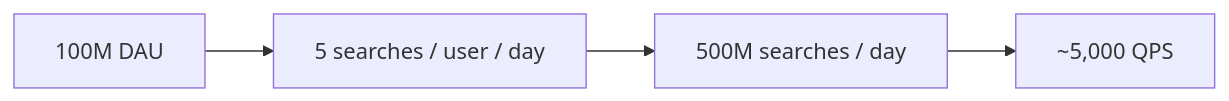
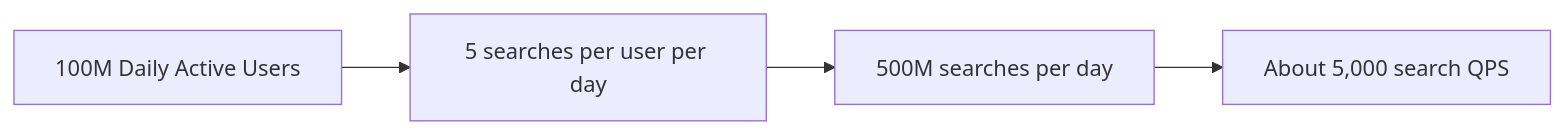
One commit to mthaiseer/springcloud-systemdesign-notes changed the second of 18 diagrams in HLD_NOTES/004_INTERVIEW_PROBLEMS/013_proximity_service_visual_notes.md. Above: the diagram before and after it, drawn with Mermaid. The commit also changed other lines of this file and 1 other file, not shown here.

````diff
--- a/HLD_NOTES/004_INTERVIEW_PROBLEMS/013_proximity_service_visual_notes.md
+++ b/HLD_NOTES/004_INTERVIEW_PROBLEMS/013_proximity_service_visual_notes.md
@@ -51,6 +65,6 @@
 ```mermaid
 flowchart LR
-    A[100M DAU] --> B[5 searches / user / day]
-    B --> C[500M searches / day]
-    C --> D[~5,000 QPS]
+    A[100M Daily Active Users] --> B[5 searches per user per day]
+    B --> C[500M searches per day]
+    C --> D[About 5,000 search QPS]
 ```
````
